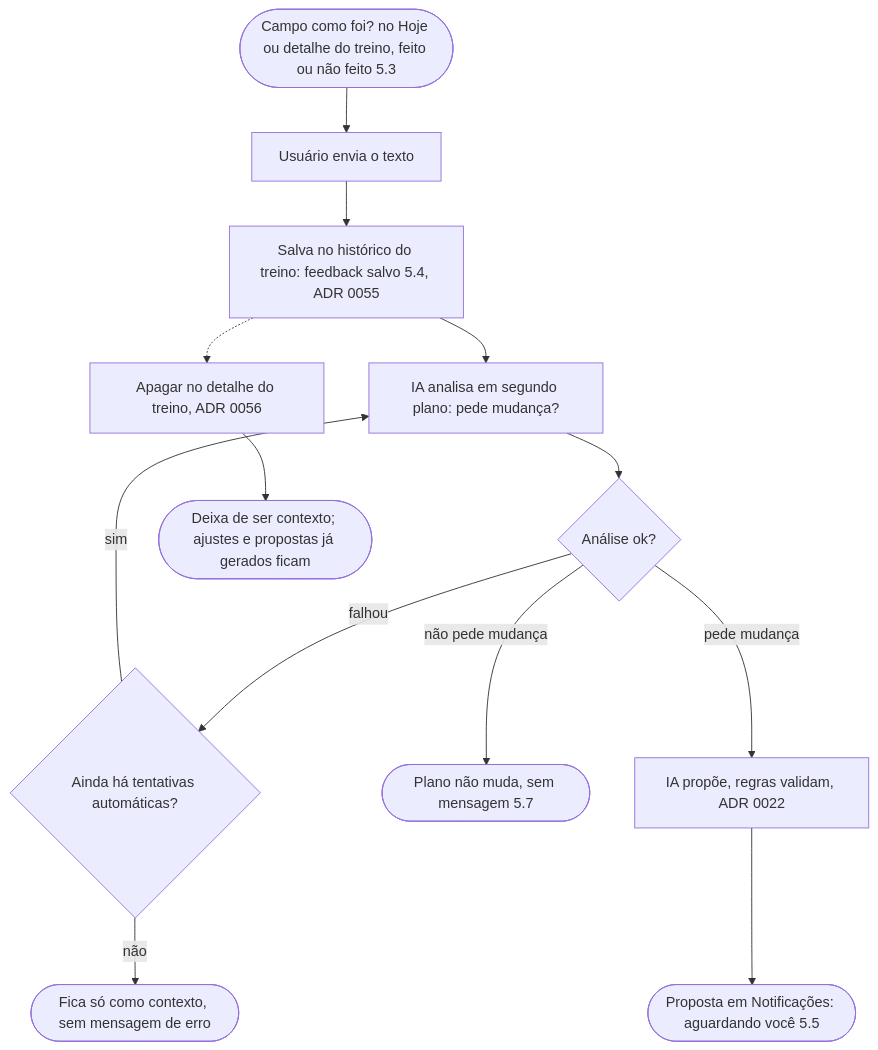
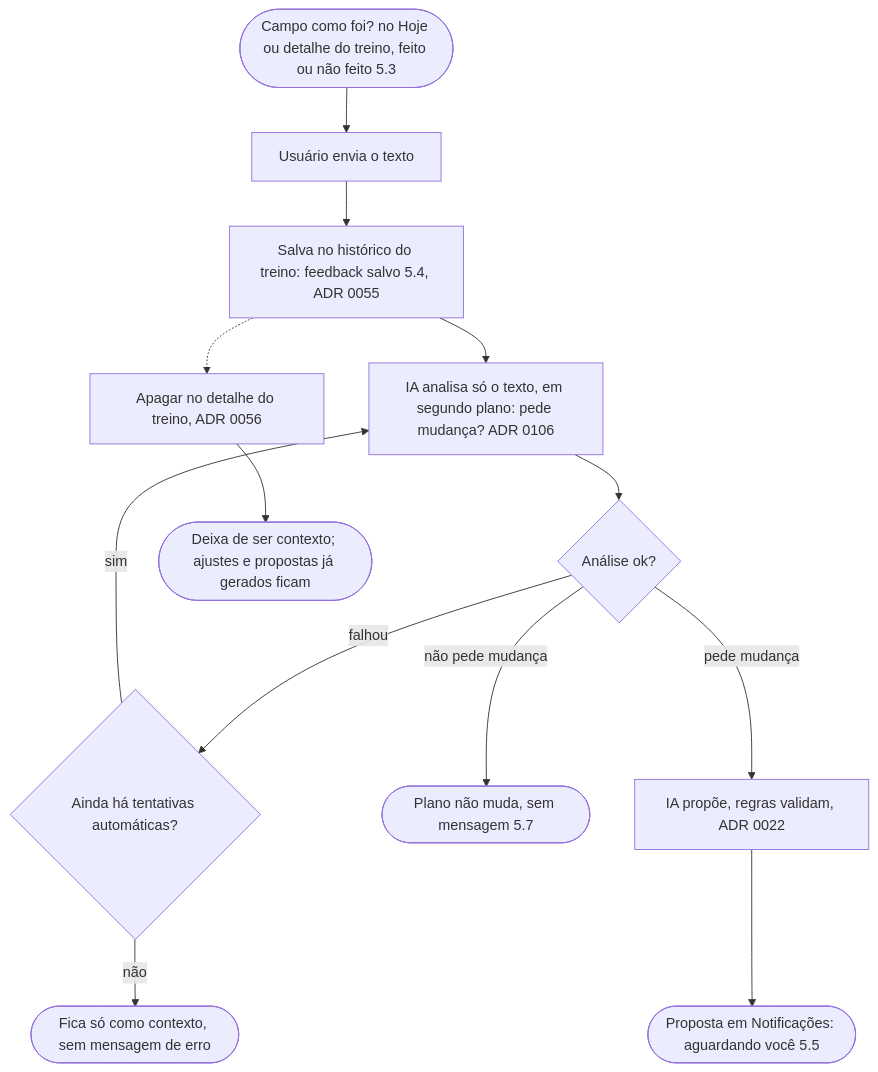
Before and after one commit to cruzvini/app-corrida: the seventh of 11 diagrams in docs/fluxos.md, drawn with Mermaid. The commit also changed other lines of this file and 12 other files, not shown here.

````diff
--- a/docs/fluxos.md
+++ b/docs/fluxos.md
@@ -178,15 +183,15 @@
 ```mermaid
 flowchart TD
   A([Campo como foi? no Hoje ou detalhe do treino, feito ou não feito 5.3]) --> B[Usuário envia o texto]
   B --> C[Salva no histórico do treino: feedback salvo 5.4, ADR 0055]
-  C --> D[IA analisa em segundo plano: pede mudança?]
+  C --> D[IA analisa só o texto, em segundo plano: pede mudança? ADR 0106]
   D --> E{Análise ok?}
   E -- falhou --> E1{Ainda há tentativas automáticas?}
   E1 -- sim --> D
   E1 -- não --> CTX([Fica só como contexto, sem mensagem de erro])
   E -- não pede mudança --> CTX2([Plano não muda, sem mensagem 5.7])
   E -- pede mudança --> F[IA propõe, regras validam, ADR 0022]
   F --> G([Proposta em Notificações: aguardando você 5.5])
   C -.-> DEL[Apagar no detalhe do treino, ADR 0056]
   DEL --> DEL1([Deixa de ser contexto; ajustes e propostas já gerados ficam])
 ```
````
